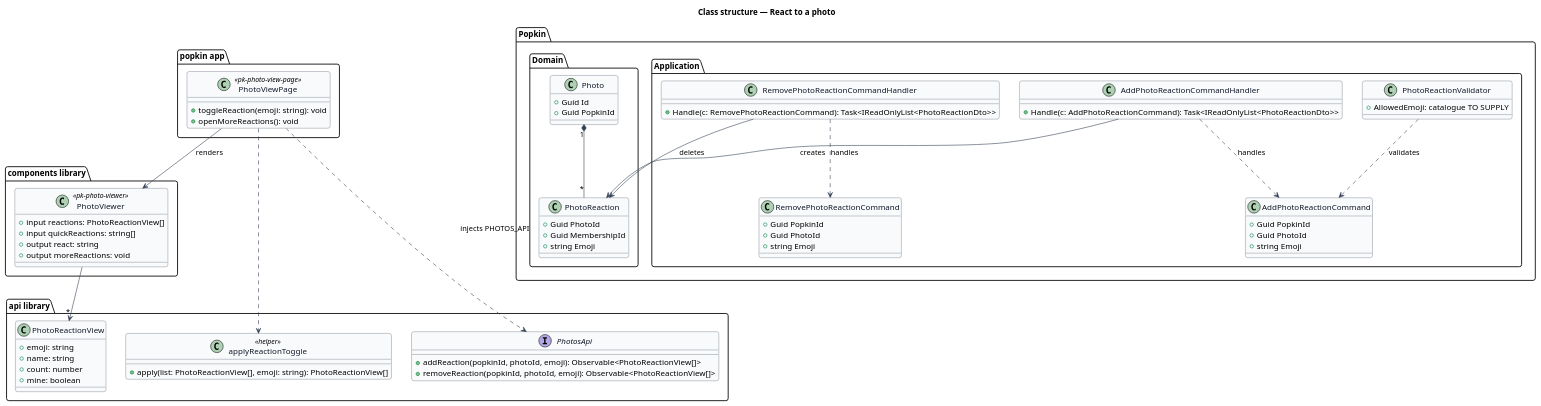
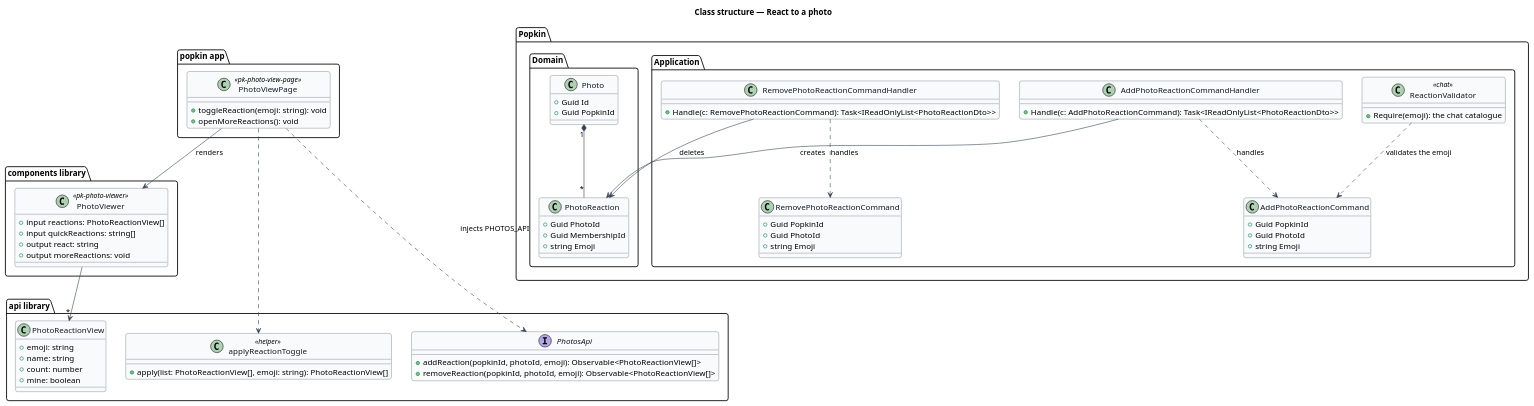
The diagram in docs/detailed-designs/photos/react-to-photo/diagrams/class-structure.puml (QuinntyneBrown/popkin), drawn with PlantUML before and after one commit. The commit also changed 4 other files, not shown here.

```diff
--- a/docs/detailed-designs/photos/react-to-photo/diagrams/class-structure.puml
+++ b/docs/detailed-designs/photos/react-to-photo/diagrams/class-structure.puml
@@ -1,87 +1,87 @@
 @startuml
 ' --- shared skin header ---
 skinparam backgroundColor #FFFFFF
 skinparam shadowing false
 skinparam roundcorner 8
 skinparam defaultFontName Arial
 skinparam ArrowColor #344054
 skinparam class {
   BorderColor #344054
   FontColor #101828
   BackgroundColor #F9FAFB
 }
 ' --------------------------
 title Class structure — React to a photo
 
 package "components library" {
   class PhotoViewer <<pk-photo-viewer>> {
     +input reactions: PhotoReactionView[]
     +input quickReactions: string[]
     +output react: string
     +output moreReactions: void
   }
 }
 package "popkin app" {
   class PhotoViewPage <<pk-photo-view-page>> {
     +toggleReaction(emoji: string): void
     +openMoreReactions(): void
   }
 }
 package "api library" {
   class PhotoReactionView {
     +emoji: string
     +name: string
     +count: number
     +mine: boolean
   }
   class applyReactionToggle <<helper>> {
     +apply(list: PhotoReactionView[], emoji: string): PhotoReactionView[]
   }
   interface PhotosApi {
     +addReaction(popkinId, photoId, emoji): Observable<PhotoReactionView[]>
     +removeReaction(popkinId, photoId, emoji): Observable<PhotoReactionView[]>
   }
 }
 package "Popkin.Application" {
   class AddPhotoReactionCommand {
     +Guid PopkinId
     +Guid PhotoId
     +string Emoji
   }
   class RemovePhotoReactionCommand {
     +Guid PopkinId
     +Guid PhotoId
     +string Emoji
   }
   class AddPhotoReactionCommandHandler {
     +Handle(c: AddPhotoReactionCommand): Task<IReadOnlyList<PhotoReactionDto>>
   }
   class RemovePhotoReactionCommandHandler {
     +Handle(c: RemovePhotoReactionCommand): Task<IReadOnlyList<PhotoReactionDto>>
   }
-  class PhotoReactionValidator {
-    +AllowedEmoji: catalogue TO SUPPLY
+  class ReactionValidator <<chat>> {
+    +Require(emoji): the chat catalogue
   }
 }
 package "Popkin.Domain" {
   class Photo {
     +Guid Id
     +Guid PopkinId
   }
   class PhotoReaction {
     +Guid PhotoId
     +Guid MembershipId
     +string Emoji
   }
 }
 PhotoViewPage --> PhotoViewer : renders
 PhotoViewPage ..> PhotosApi : injects PHOTOS_API
 PhotoViewPage ..> applyReactionToggle
 PhotoViewer --> "*" PhotoReactionView
 AddPhotoReactionCommandHandler ..> AddPhotoReactionCommand : handles
 RemovePhotoReactionCommandHandler ..> RemovePhotoReactionCommand : handles
-PhotoReactionValidator ..> AddPhotoReactionCommand : validates
+ReactionValidator ..> AddPhotoReactionCommand : validates the emoji
 AddPhotoReactionCommandHandler --> PhotoReaction : creates
 RemovePhotoReactionCommandHandler --> PhotoReaction : deletes
 Photo "1" *-- "*" PhotoReaction
 @enduml
```
